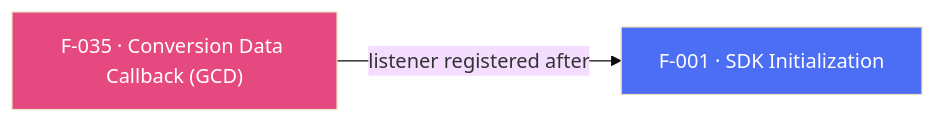
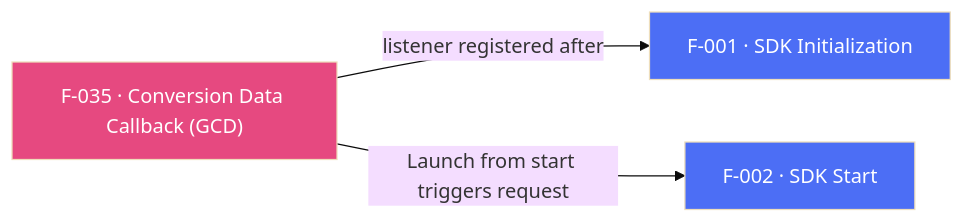
One commit to AppsFlyerSDK/appsflyer-flutter-plugin changed the diagram in internal-docs/features/F-035-conversion-data-callback.md. Above: the diagram before and after it, drawn with Mermaid (base theme). The commit also changed other lines of this file and 82 other files, not shown here.

````diff
--- a/internal-docs/features/F-035-conversion-data-callback.md
+++ b/internal-docs/features/F-035-conversion-data-callback.md
@@ -86,6 +87,7 @@
 ```mermaid
 flowchart LR
     F035["F-035 · Conversion Data Callback (GCD)"]:::deepLinking -->|"listener registered after"| F001["F-001 · SDK Initialization"]:::sdkCore
+    F035 -->|"Launch from start triggers request"| F002["F-002 · SDK Start"]:::sdkCore
     classDef deepLinking fill:#E64980,color:#fff
     classDef sdkCore fill:#4C6EF5,color:#fff
 ```
````
